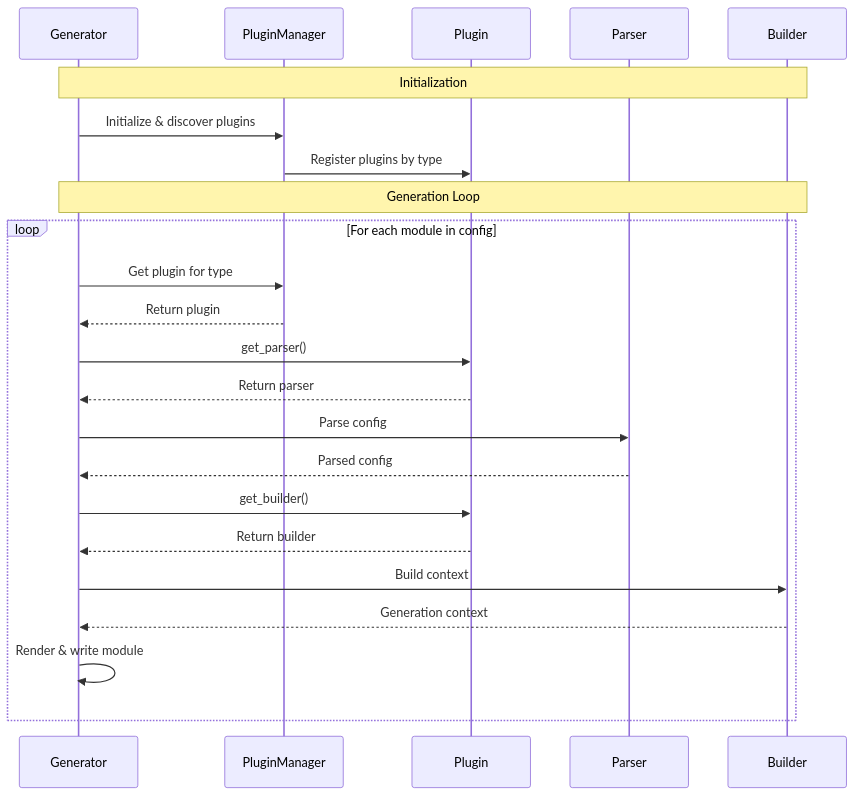
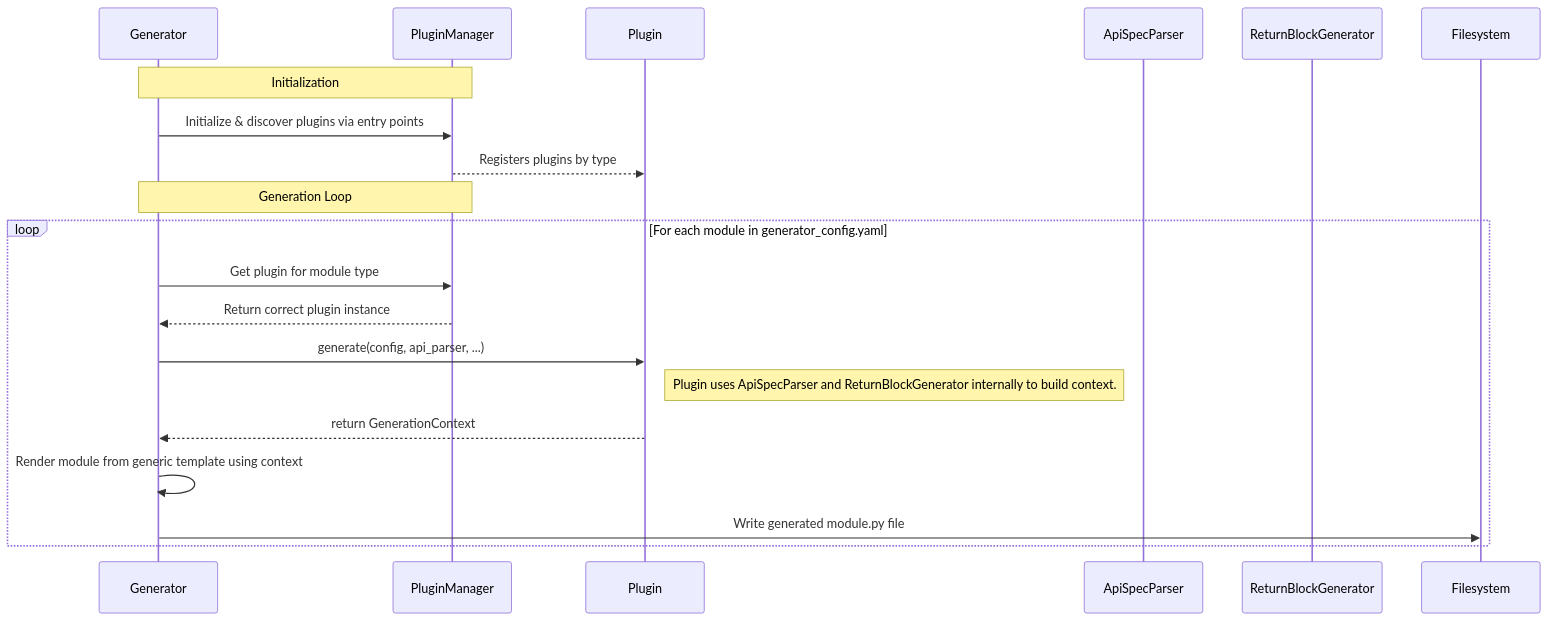
One commit to waldur/ansible-waldur-generator changed the second of 2 diagrams in README.md. Above: the diagram before and after it, drawn with Mermaid. The commit also changed other lines of this file, not shown here.

````diff
--- a/README.md
+++ b/README.md
@@ -301,30 +291,25 @@
 ```mermaid
 sequenceDiagram
     participant Generator
     participant PluginManager
     participant Plugin
-    participant Parser
-    participant Builder
+    participant ApiSpecParser
+    participant ReturnBlockGenerator
 
-    Note over Generator, Builder: Initialization
-    Generator->>PluginManager: Initialize & discover plugins
-    PluginManager->>Plugin: Register plugins by type
+    Note over Generator, PluginManager: Initialization
+    Generator->>PluginManager: Initialize & discover plugins via entry points
+    PluginManager-->>Plugin: Registers plugins by type
 
-    Note over Generator, Builder: Generation Loop
-    loop For each module in config
-        Generator->>PluginManager: Get plugin for type
-        PluginManager-->>Generator: Return plugin
+    Note over Generator, PluginManager: Generation Loop
+    loop For each module in generator_config.yaml
+        Generator->>PluginManager: Get plugin for module type
+        PluginManager-->>Generator: Return correct plugin instance
 
-        Generator->>Plugin: get_parser()
-        Plugin-->>Generator: Return parser
-        Generator->>Parser: Parse config
-        Parser-->>Generator: Parsed config
+        Generator->>Plugin: generate(config, api_parser, ...)
+        Note right of Plugin: Plugin uses ApiSpecParser and ReturnBlockGenerator internally to build context.
+        Plugin-->>Generator: return GenerationContext
 
-        Generator->>Plugin: get_builder()
-        Plugin-->>Generator: Return builder
-        Generator->>Builder: Build context
-        Builder-->>Generator: Generation context
-
-        Generator->>Generator: Render & write module
+        Generator->>Generator: Render module from generic template using context
+        Generator->>Filesystem: Write generated module.py file
     end
 ```
````
